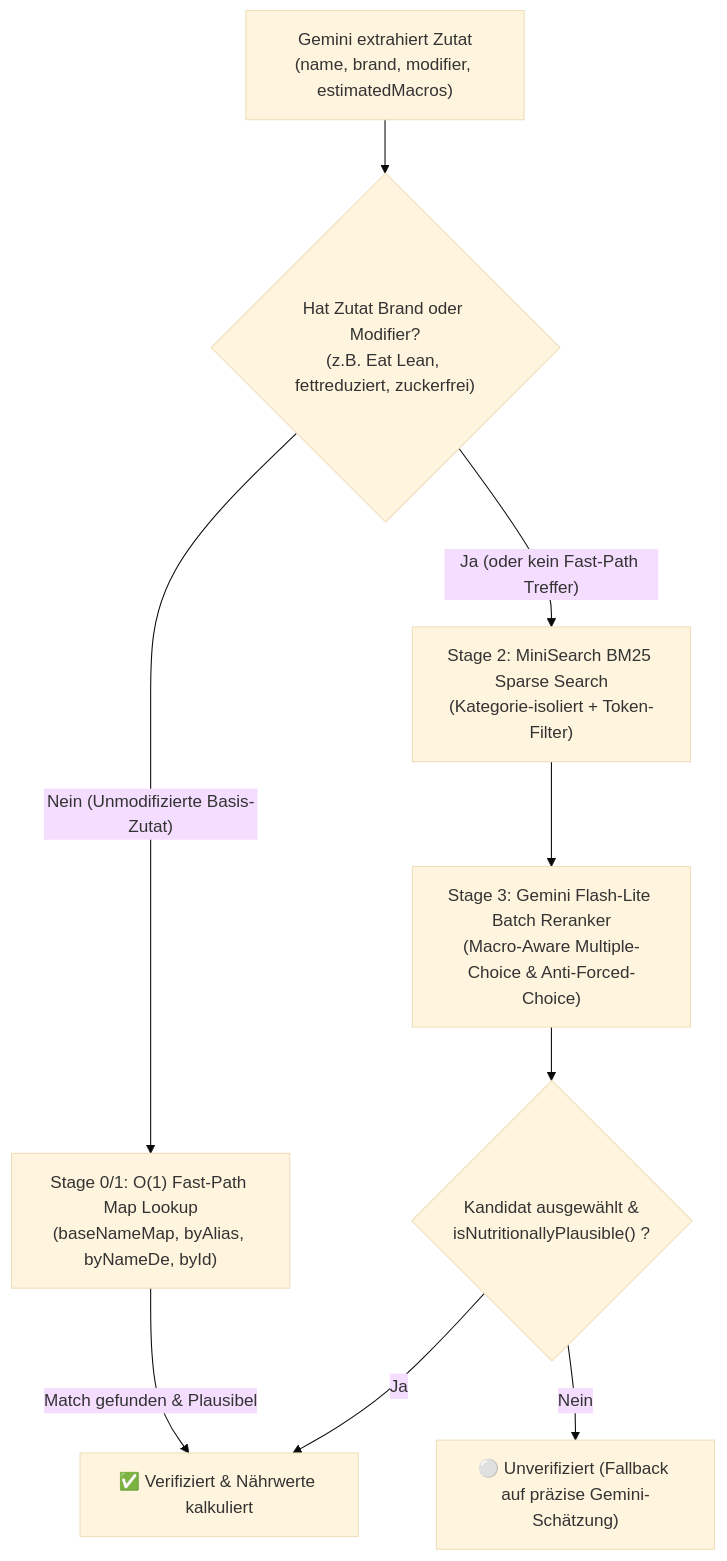
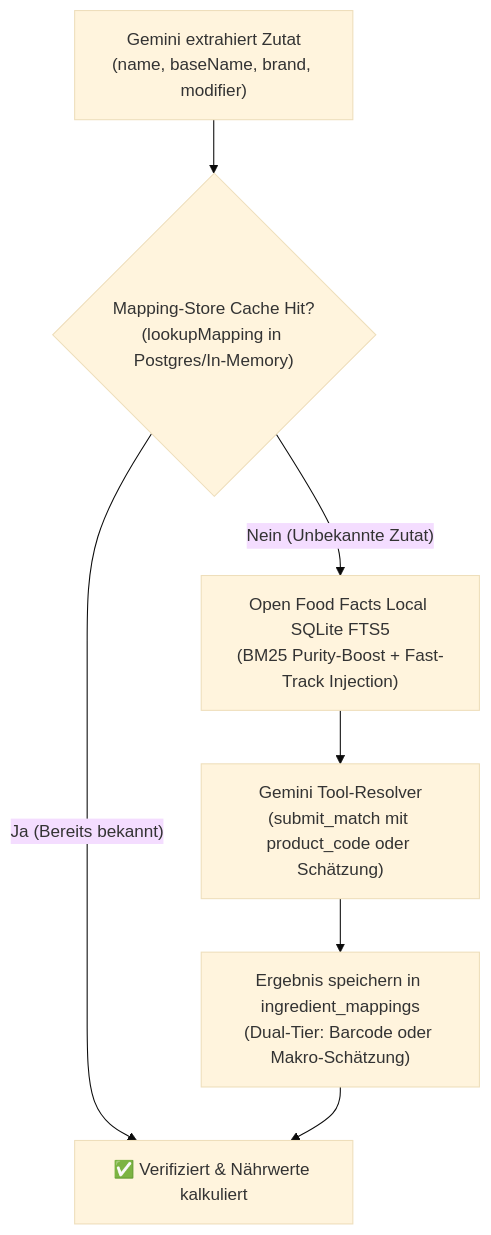
One commit to luca-sonntag/cookbook changed the diagram in docs/architecture/backend-and-database.md. Above: the diagram before and after it, drawn with Mermaid (base theme). The commit also changed other lines of this file and 2 other files, not shown here.

Commit message:
fix(frontend): remove BLS references in UI, i18n strings, and ingredient nutrition sheet

````diff
--- a/docs/architecture/backend-and-database.md
+++ b/docs/architecture/backend-and-database.md
@@ -103,11 +103,9 @@
 ```mermaid
 flowchart TD
-    A["Gemini extrahiert Zutat<br/>(name, brand, modifier, estimatedMacros)"] --> B{"Hat Zutat Brand oder Modifier?<br/>(z.B. Eat Lean, fettreduziert, zuckerfrei)"}
-    B -- Nein (Unmodifizierte Basis-Zutat) --> C["Stage 0/1: O(1) Fast-Path Map Lookup<br/>(baseNameMap, byAlias, byNameDe, byId)"]
-    C -- Match gefunden & Plausibel --> G["✅ Verifiziert & Nährwerte kalkuliert"]
-    B -- Ja (oder kein Fast-Path Treffer) --> D["Stage 2: MiniSearch BM25 Sparse Search<br/>(Kategorie-isoliert + Token-Filter)"]
-    D --> E["Stage 3: Gemini Flash-Lite Batch Reranker<br/>(Macro-Aware Multiple-Choice & Anti-Forced-Choice)"]
-    E --> F{"Kandidat ausgewählt &<br/>isNutritionallyPlausible() ?"}
-    F -- Ja --> G
-    F -- Nein --> H["⚪ Unverifiziert (Fallback auf präzise Gemini-Schätzung)"]
+    A["Gemini extrahiert Zutat<br/>(name, baseName, brand, modifier)"] --> B{"Mapping-Store Cache Hit?<br/>(lookupMapping in Postgres/In-Memory)"}
+    B -- Ja (Bereits bekannt) --> G["⚡ Instant Match (<1ms, 0 Tokens)"]
+    B -- Nein (Unbekannte Zutat) --> C["Open Food Facts Local SQLite FTS5<br/>(BM25 Purity-Boost + Fast-Track Injection)"]
+    C --> D["Gemini Tool-Resolver<br/>(submit_match mit product_code oder Schätzung)"]
+    D --> E["Ergebnis speichern in ingredient_mappings<br/>(Dual-Tier: Barcode oder Makro-Schätzung)"]
+    E --> G["✅ Verifiziert & Nährwerte kalkuliert"]
 ```
````
